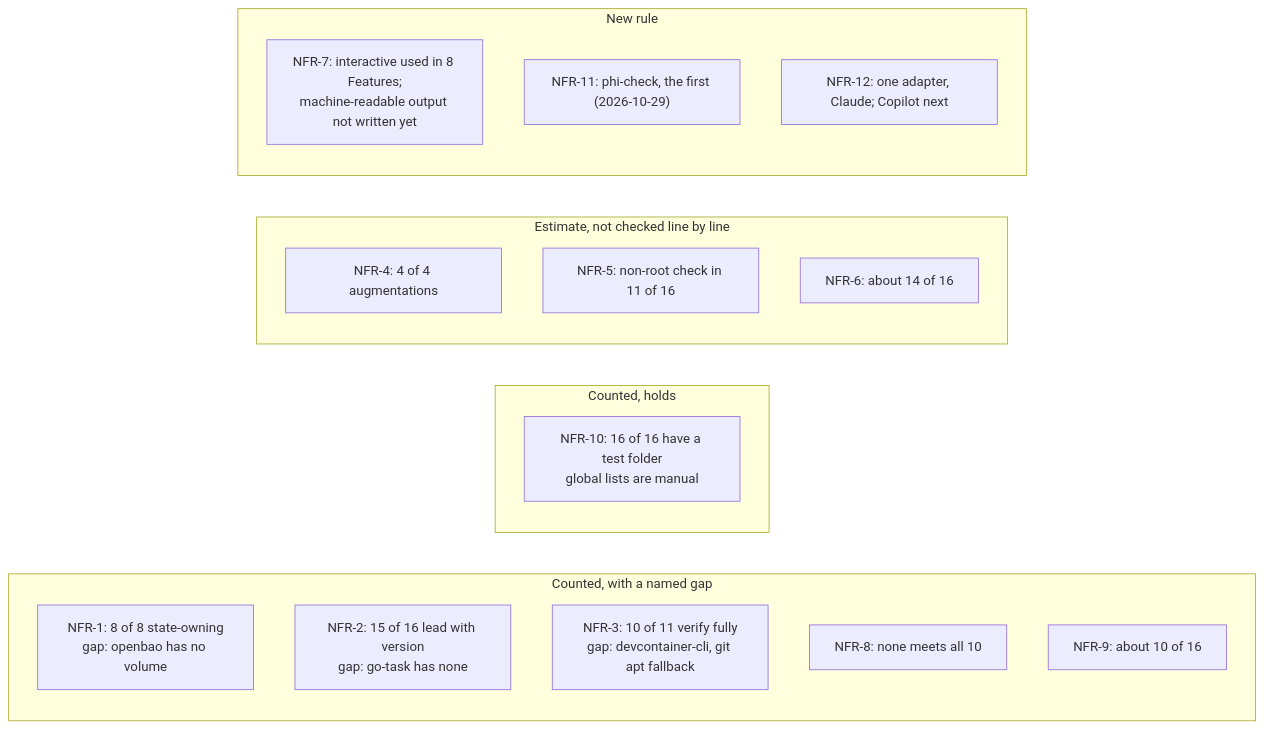
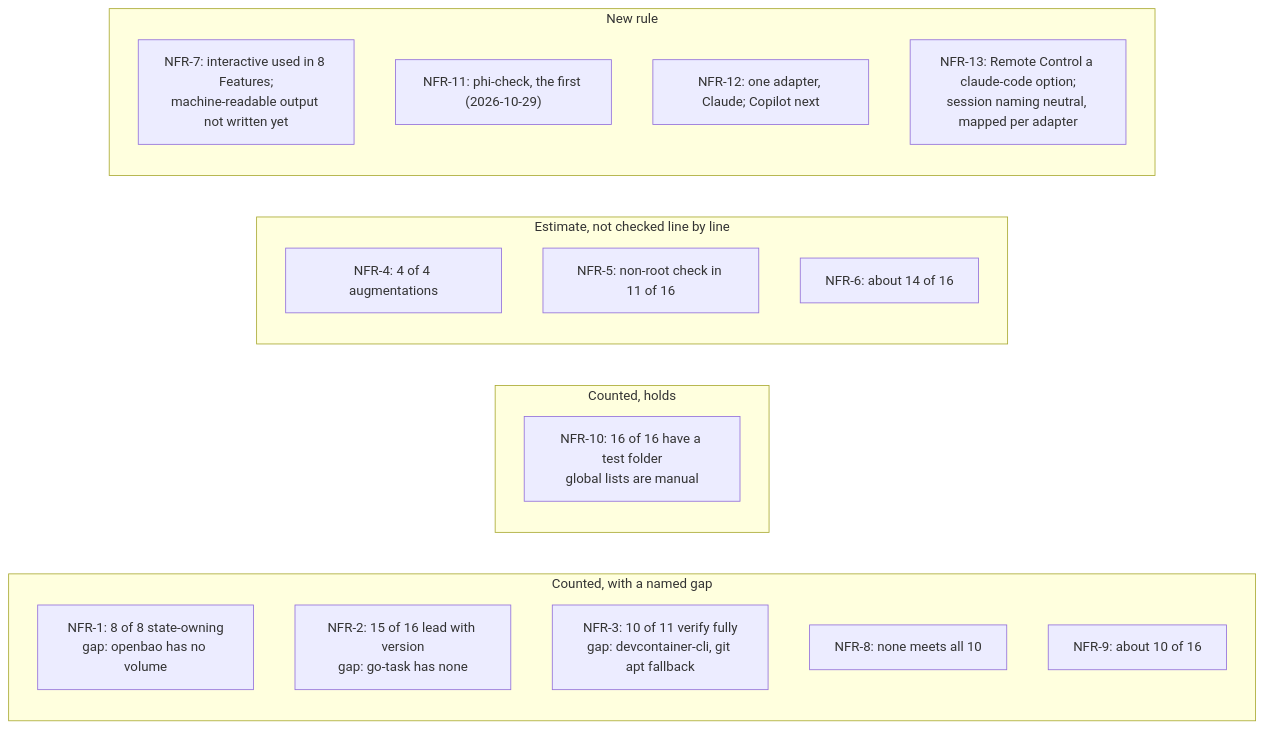
The third of 3 diagrams in docs/principles/non-functional-requirements.md (nabil-becker/devcontainer-features), drawn with Mermaid before and after one commit. The commit also changed other lines of this file and 11 other files, not shown here.

First line of the commit message:
docs: an architecture review before every ruling, and NFR-13 (#115)

````diff
--- a/docs/principles/non-functional-requirements.md
+++ b/docs/principles/non-functional-requirements.md
@@ -177,23 +187,24 @@
 ```mermaid
 flowchart LR
   subgraph gap["Counted, with a named gap"]
     t1["NFR-1: 8 of 8 state-owning<br/>gap: openbao has no volume"]
     t2["NFR-2: 15 of 16 lead with version<br/>gap: go-task has none"]
     t3["NFR-3: 10 of 11 verify fully<br/>gap: devcontainer-cli, git apt fallback"]
     t8["NFR-8: none meets all 10"]
     t9["NFR-9: about 10 of 16"]
   end
   subgraph holds["Counted, holds"]
     t10["NFR-10: 16 of 16 have a test folder<br/>global lists are manual"]
   end
   subgraph est["Estimate, not checked line by line"]
     t4["NFR-4: 4 of 4 augmentations"]
     t5["NFR-5: non-root check in 11 of 16"]
     t6["NFR-6: about 14 of 16"]
   end
   subgraph newrule["New rule"]
     t7["NFR-7: interactive used in 8 Features;<br/>machine-readable output not written yet"]
     t11["NFR-11: phi-check, the first (2026-10-29)"]
     t12["NFR-12: one adapter, Claude; Copilot next"]
+    t13["NFR-13: Remote Control a claude-code option;<br/>session naming neutral, mapped per adapter"]
   end
 ```
````
